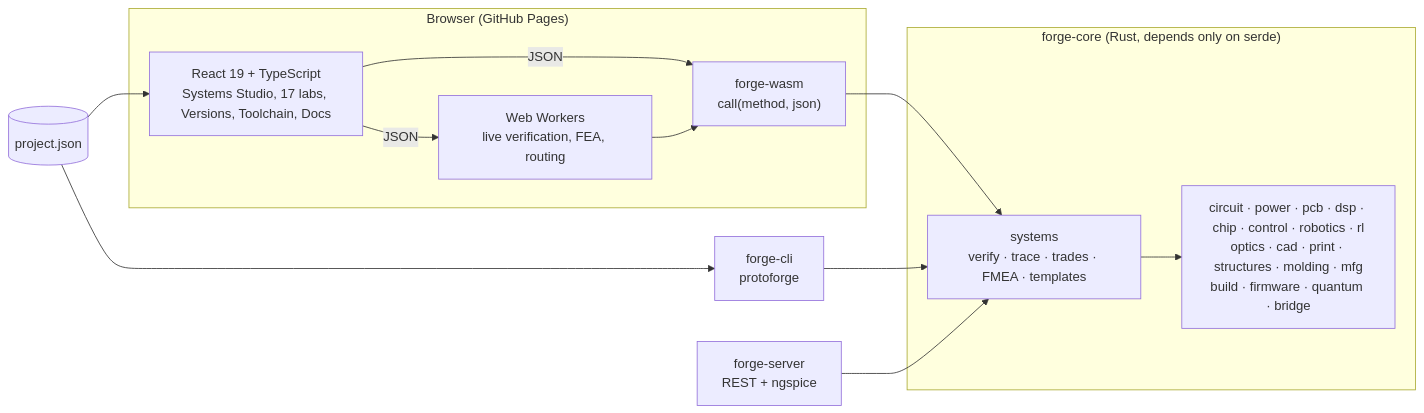
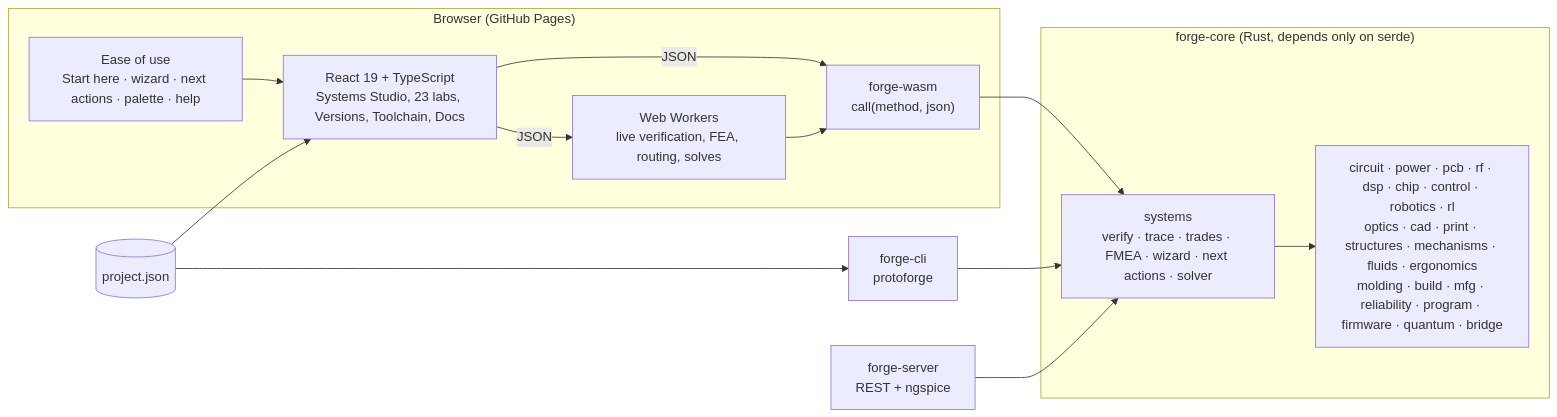
One commit to Normansrule/protoforge changed the diagram in README.md. Above: the diagram before and after it, drawn with Mermaid. The commit also changed other lines of this file, not shown here.

First line of the commit message:
README: easy-for-any-engineer section, 22-step walkthrough with the six round-3 labs, 54-requirement table, v0.5→v0.6 and round-4 findings, new CLI commands, updated architecture and honest scope

````diff
--- a/README.md
+++ b/README.md
@@ -446,22 +558,24 @@
 ```mermaid
 flowchart LR
   subgraph Browser["Browser (GitHub Pages)"]
-    UI["React 19 + TypeScript<br/>Systems Studio, 17 labs, Versions, Toolchain, Docs"]
-    W["Web Workers<br/>live verification, FEA, routing"]
+    UX["Ease of use<br/>Start here · wizard · next actions · palette · help"]
+    UI["React 19 + TypeScript<br/>Systems Studio, 23 labs, Versions, Toolchain, Docs"]
+    W["Web Workers<br/>live verification, FEA, routing, solves"]
     WASM["forge-wasm<br/>call(method, json)"]
   end
   subgraph Core["forge-core (Rust, depends only on serde)"]
-    SYS["systems<br/>verify · trace · trades · FMEA · templates"]
-    LABS["circuit · power · pcb · dsp · chip · control · robotics · rl<br/>optics · cad · print · structures · molding · mfg<br/>build · firmware · quantum · bridge"]
+    SYS["systems<br/>verify · trace · trades · FMEA · wizard · next actions · solver"]
+    LABS["circuit · power · pcb · rf · dsp · chip · control · robotics · rl<br/>optics · cad · print · structures · mechanisms · fluids · ergonomics<br/>molding · build · mfg · reliability · program · firmware · quantum · bridge"]
   end
   CLI["forge-cli<br/>protoforge"]
   SRV["forge-server<br/>REST + ngspice"]
   P[("project.json")]
+  UX --> UI
   UI -- JSON --> WASM
   UI -- JSON --> W --> WASM
   WASM --> SYS --> LABS
   CLI --> SYS
   SRV --> SYS
   P --> UI
   P --> CLI
 ```
````
